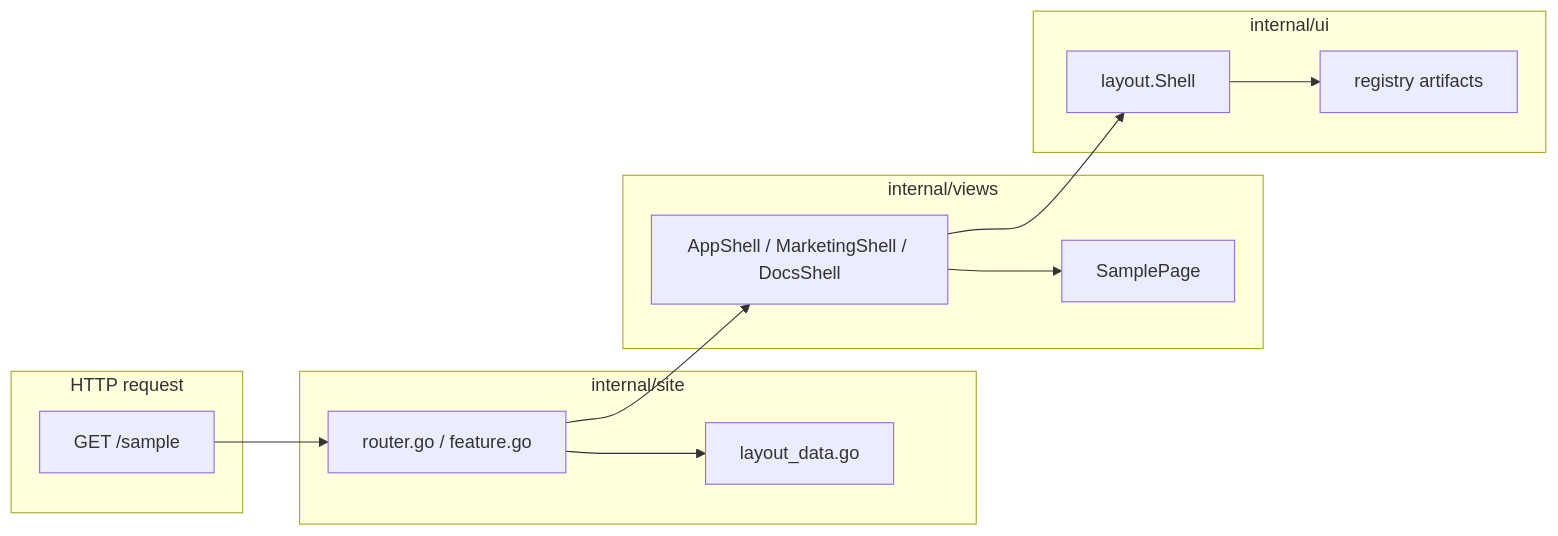
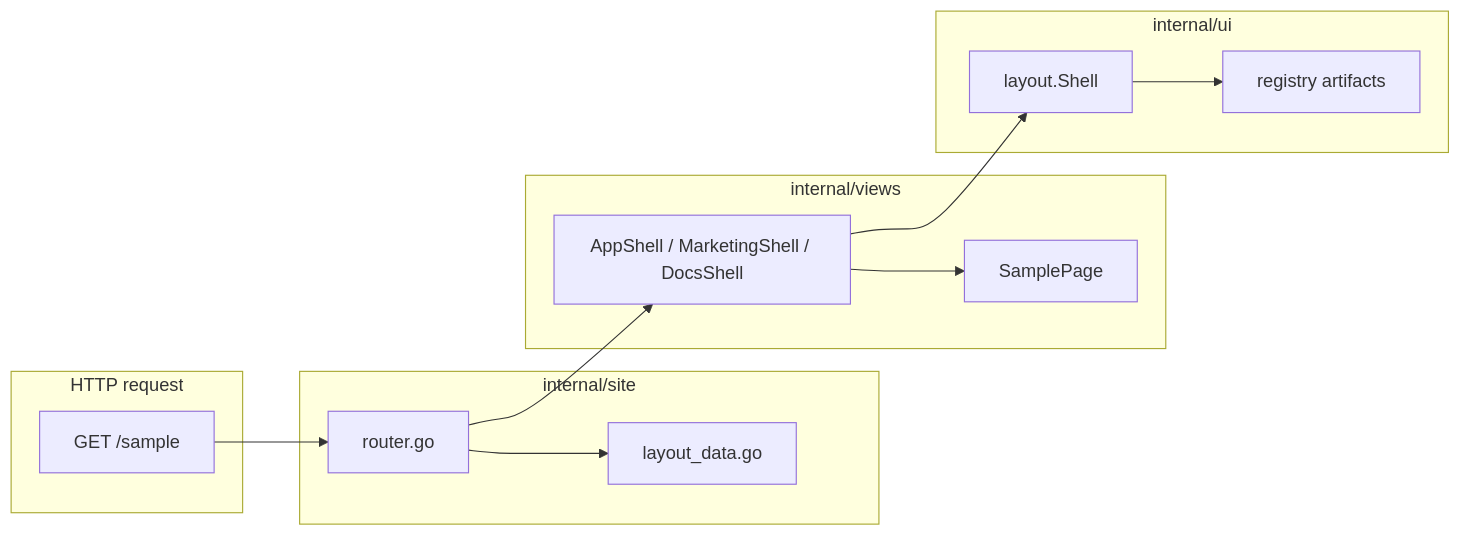
The first of 2 diagrams in .project/specs/next-shadcn-architecture.md (fastygo/blank), drawn with Mermaid before and after one commit. The commit also changed other lines of this file and 7 other files, not shown here.

````diff
--- a/.project/specs/next-shadcn-architecture.md
+++ b/.project/specs/next-shadcn-architecture.md
@@ -66,28 +66,28 @@
 ```mermaid
 flowchart LR
   subgraph request [HTTP request]
     R["GET /sample"]
   end
 
   subgraph site [internal/site]
-    RF["router.go / feature.go"]
+    RF["router.go"]
     LD["layout_data.go"]
   end
 
   subgraph views [internal/views]
     RS["AppShell / MarketingShell / DocsShell"]
     PG["SamplePage"]
   end
 
   subgraph chrome [internal/ui]
     DS["layout.Shell"]
     LP["registry artifacts"]
   end
 
   R --> RF
   RF --> LD
   RF --> RS
   RS --> DS
   DS --> LP
   RS --> PG
 ```
````
